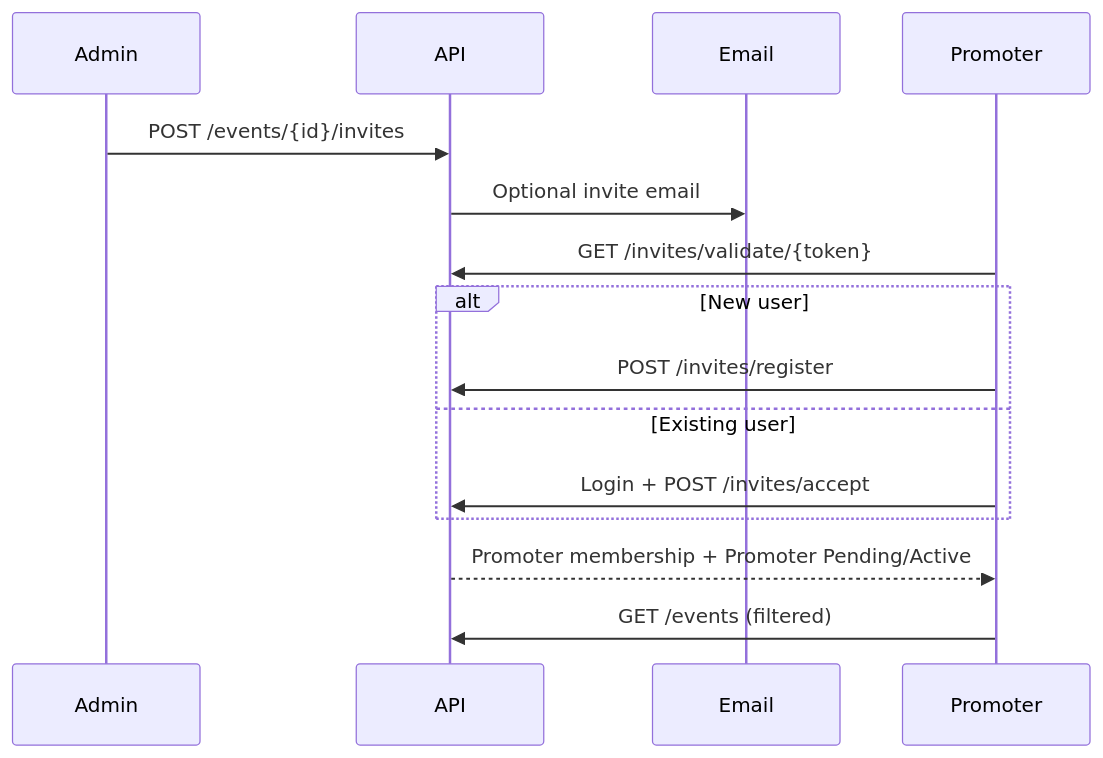
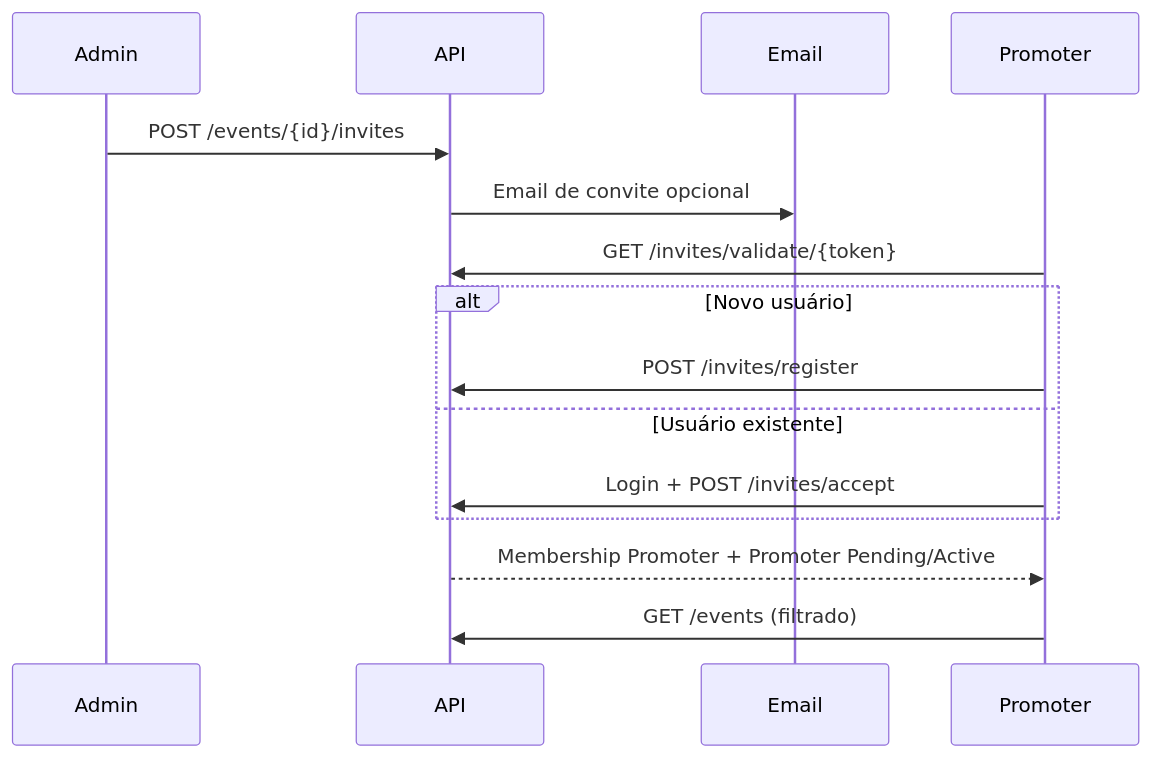
Before and after one commit to alexandredebritojr/Pulse8Front: the third of 6 diagrams in pulse8-frontend/PRODUCT_STRATEGY_ANALYSIS.md, drawn with Mermaid. The commit also changed other lines of this file, not shown here.

````diff
--- a/pulse8-frontend/PRODUCT_STRATEGY_ANALYSIS.md
+++ b/pulse8-frontend/PRODUCT_STRATEGY_ANALYSIS.md
@@ -307,17 +307,17 @@
 ```mermaid
 sequenceDiagram
   participant Admin
   participant API
   participant Email
   participant Promoter
   Admin->>API: POST /events/{id}/invites
-  API->>Email: Optional invite email
+  API->>Email: Email de convite opcional
   Promoter->>API: GET /invites/validate/{token}
-  alt New user
+  alt Novo usuário
     Promoter->>API: POST /invites/register
-  else Existing user
+  else Usuário existente
     Promoter->>API: Login + POST /invites/accept
   end
-  API-->>Promoter: Promoter membership + Promoter Pending/Active
-  Promoter->>API: GET /events (filtered)
+  API-->>Promoter: Membership Promoter + Promoter Pending/Active
+  Promoter->>API: GET /events (filtrado)
 ```
````
